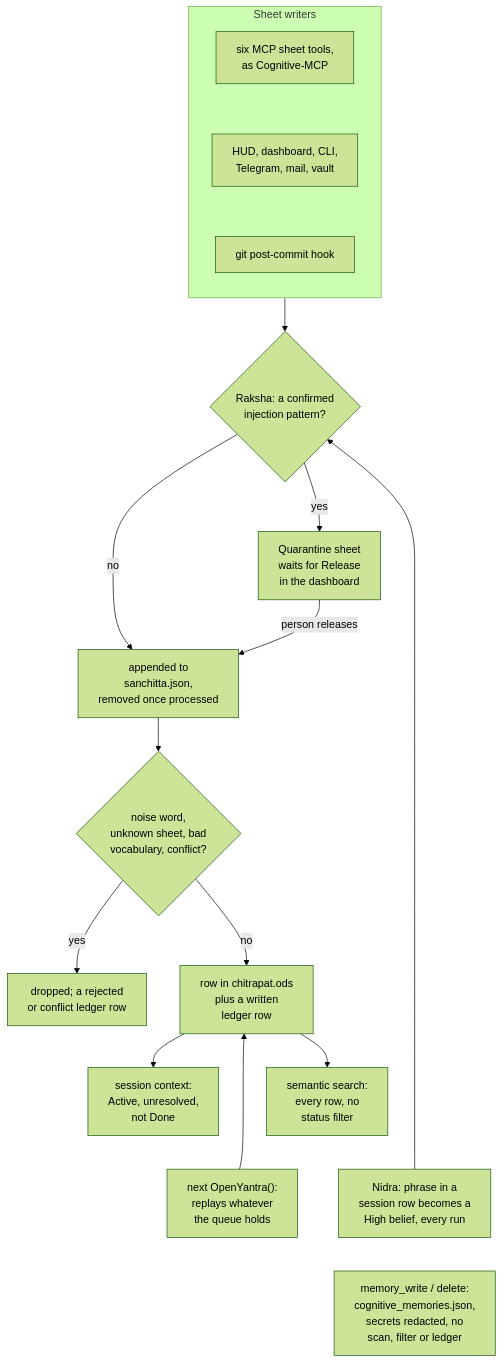
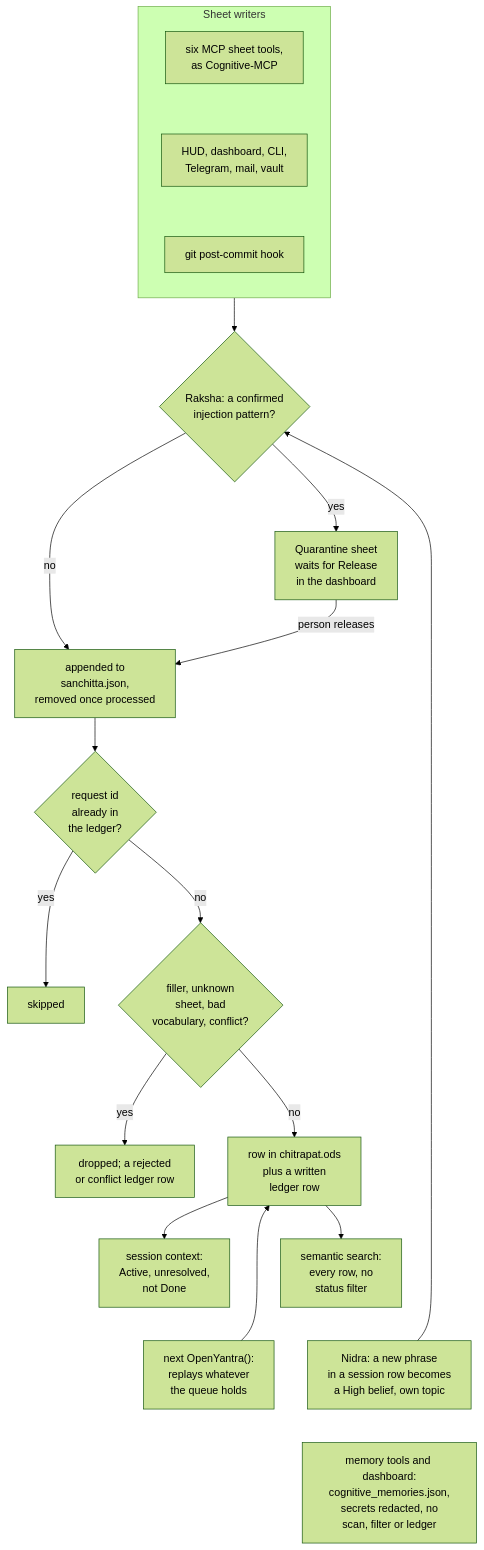
Before and after one commit to neoneye/agent-memory-atlas: the diagram in content/systems/openyantra.md, drawn with Mermaid (forest theme). The commit also changed other lines of this file and 23 other files, not shown here.

First line of the commit message:
OpenYantra at 27aa1e3: replay keyed on the ledger, optional queue lock; negative_eval added

````diff
--- a/content/systems/openyantra.md
+++ b/content/systems/openyantra.md
@@ -107,25 +110,27 @@
 ```mermaid
-%% caption: a sheet row is believed once it clears four gates, and the queue replays what a crash or another process left in it; Nidra adds its promotions again on every run; the MCP memory tools write a second store that only secret redaction reaches
+%% caption: a sheet row is believed once it clears four gates; the queue replays what a crash or another process left in it, skipping a request the ledger already holds; Nidra promotes a phrase once under its own topic; the MCP memory tools and the dashboard write a second store that only secret redaction reaches
 flowchart TD
   subgraph writers["Sheet writers"]
     direction TB
     W1["six MCP sheet tools,<br/>as Cognitive-MCP"]
     W2["HUD, dashboard, CLI,<br/>Telegram, mail, vault"]
     W3["git post-commit hook"]
     W1 ~~~ W2 ~~~ W3
   end
   writers --> RK{"Raksha: a confirmed<br/>injection pattern?"}
   RK -->|"yes"| Q["Quarantine sheet<br/>waits for Release<br/>in the dashboard"]
   RK -->|"no"| SQ["appended to<br/>sanchitta.json,<br/>removed once processed"]
   Q -->|"person releases"| SQ
-  SQ --> GATE{"noise word,<br/>unknown sheet, bad<br/>vocabulary, conflict?"}
+  SQ --> LG{"request id<br/>already in<br/>the ledger?"}
+  LG -->|"yes"| SKIP["skipped"]
+  LG -->|"no"| GATE{"filler, unknown<br/>sheet, bad<br/>vocabulary, conflict?"}
   GATE -->|"yes"| DROP["dropped; a rejected<br/>or conflict ledger row"]
   GATE -->|"no"| ROW["row in chitrapat.ods<br/>plus a written<br/>ledger row"]
   ROW --> CTX["session context:<br/>Active, unresolved,<br/>not Done"]
   ROW --> SRCH["semantic search:<br/>every row, no<br/>status filter"]
   CTX ~~~ RP["next OpenYantra():<br/>replays whatever<br/>the queue holds"]
   RP --> ROW
-  SRCH ~~~ NID["Nidra: phrase in a<br/>session row becomes a<br/>High belief, every run"]
+  SRCH ~~~ NID["Nidra: a new phrase<br/>in a session row becomes<br/>a High belief, own topic"]
   NID --> RK
-  NID ~~~ COG["memory_write / delete:<br/>cognitive_memories.json,<br/>secrets redacted, no<br/>scan, filter or ledger"]
+  NID ~~~ COG["memory tools and dashboard:<br/>cognitive_memories.json,<br/>secrets redacted, no<br/>scan, filter or ledger"]
 ```
````
